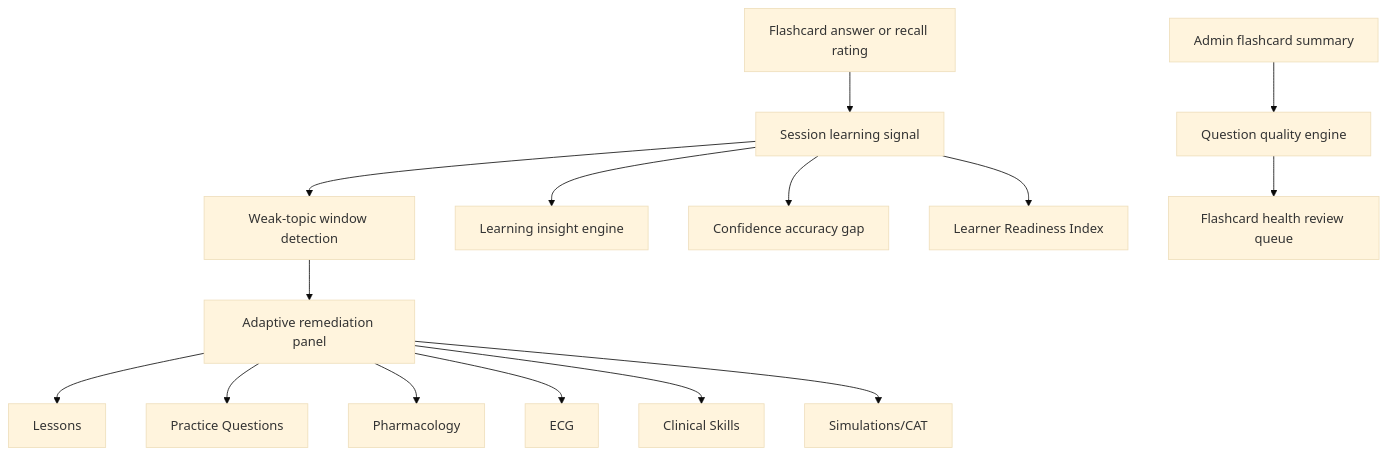
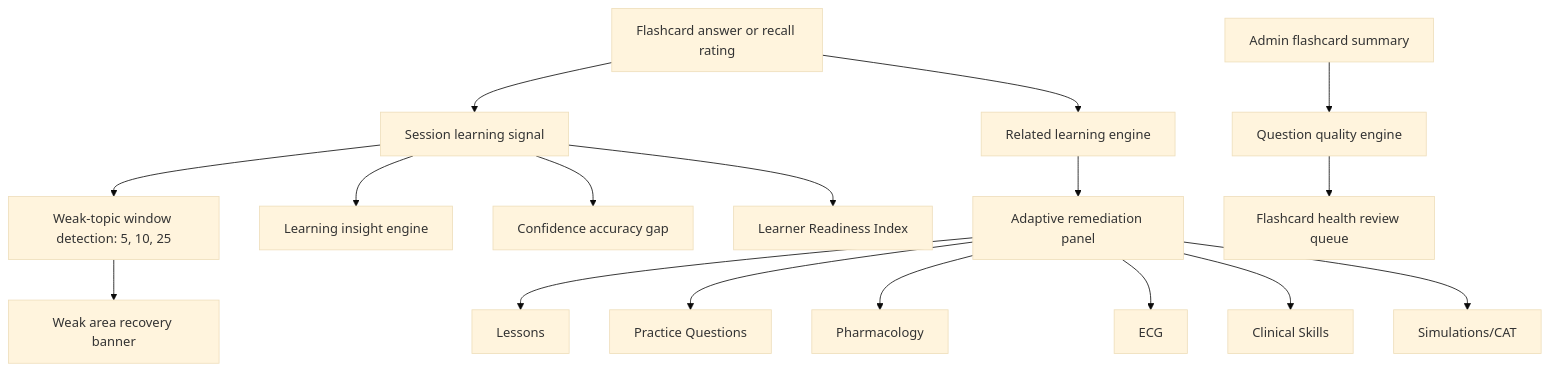
One commit to erikagodin6-jpg/nursenest-core changed the diagram in nursenest-core/docs/flashcards-2-1-adaptive-learning.md. Above: the diagram before and after it, drawn with Mermaid (base theme). The commit also changed other lines of this file and 335 other files, not shown here.

````diff
--- a/nursenest-core/docs/flashcards-2-1-adaptive-learning.md
+++ b/nursenest-core/docs/flashcards-2-1-adaptive-learning.md
@@ -9,17 +9,19 @@
 ```mermaid
 flowchart TD
   A[Flashcard answer or recall rating] --> B[Session learning signal]
-  B --> C[Weak-topic window detection]
+  B --> C[Weak-topic window detection: 5, 10, 25]
   B --> D[Learning insight engine]
   B --> E[Confidence accuracy gap]
   B --> F[Learner Readiness Index]
-  C --> G[Adaptive remediation panel]
-  G --> H[Lessons]
-  G --> I[Practice Questions]
-  G --> J[Pharmacology]
-  G --> K[ECG]
-  G --> L[Clinical Skills]
-  G --> M[Simulations/CAT]
-  N[Admin flashcard summary] --> O[Question quality engine]
-  O --> P[Flashcard health review queue]
+  A --> G[Related learning engine]
+  G --> H[Adaptive remediation panel]
+  H --> I[Lessons]
+  H --> J[Practice Questions]
+  H --> K[Pharmacology]
+  H --> L[ECG]
+  H --> M[Clinical Skills]
+  H --> N[Simulations/CAT]
+  C --> O[Weak area recovery banner]
+  P[Admin flashcard summary] --> Q[Question quality engine]
+  Q --> R[Flashcard health review queue]
 ```
````
